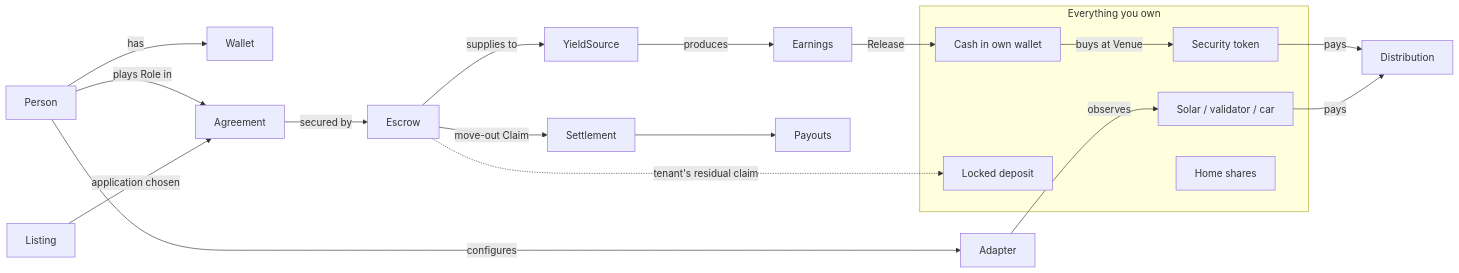
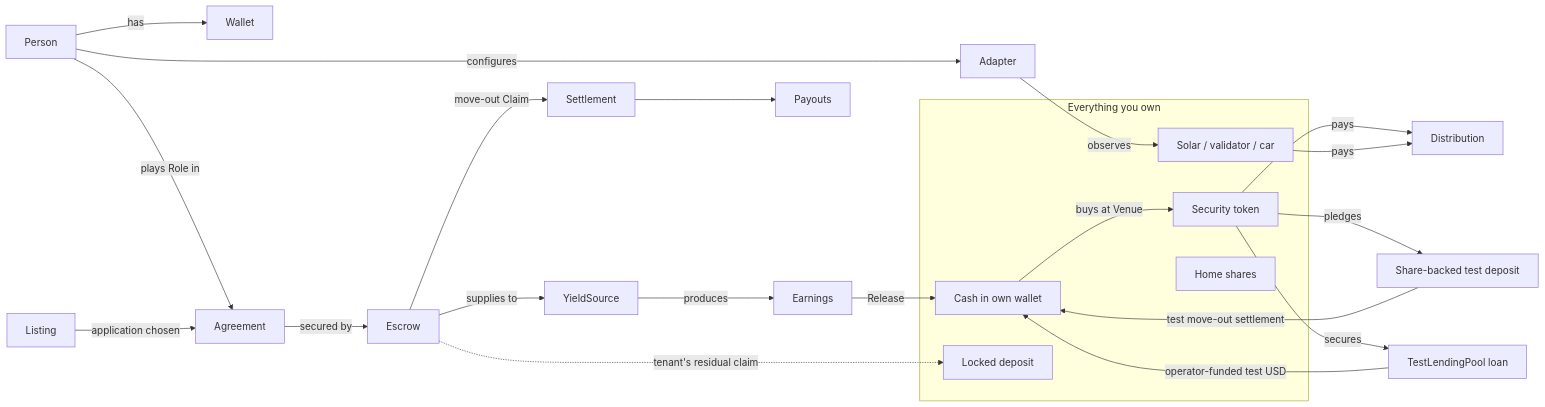
The first of 2 diagrams in docs/ONTOLOGY.md (GiraeffleAeffle/ledger-of-life), drawn with Mermaid before and after one commit. The commit also changed other lines of this file and 1 other file, not shown here.

First line of the commit message:
docs(ontology): classify share workflows as testnet simulations

````diff
--- a/docs/ONTOLOGY.md
+++ b/docs/ONTOLOGY.md
@@ -30,24 +30,28 @@
 ```mermaid
 flowchart LR
   P[Person] -- has --> W[Wallet]
   P -- plays Role in --> AG[Agreement]
   L[Listing] -- application chosen --> AG
   AG -- secured by --> E[Escrow]
   E -- supplies to --> Y[YieldSource]
   Y -- produces --> EA[Earnings]
   EA -- Release --> C[Cash in own wallet]
   C -- buys at Venue --> S[Security token]
   S -- pays --> D[Distribution]
+  S -- pledges --> CD[Share-backed test deposit]
+  CD -- test move-out settlement --> C
+  S -- secures --> BL[TestLendingPool loan]
+  BL -- operator-funded test USD --> C
   E -- move-out Claim --> ST[Settlement] --> PO[Payouts]
   P -- configures --> AD[Adapter]
   AD -- observes --> DEV[Solar / validator / car]
   DEV -- pays --> D
   subgraph Owned[Everything you own]
     C
     S
     LD[Locked deposit]
     DEV
     HS[Home shares]
   end
   E -. tenant's residual claim .-> LD
 ```
````
